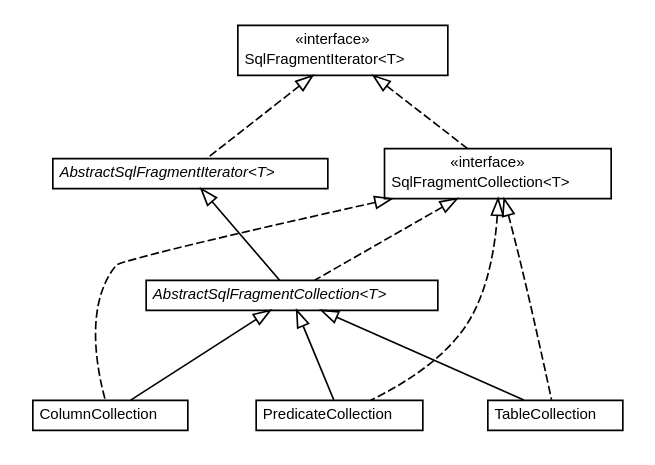
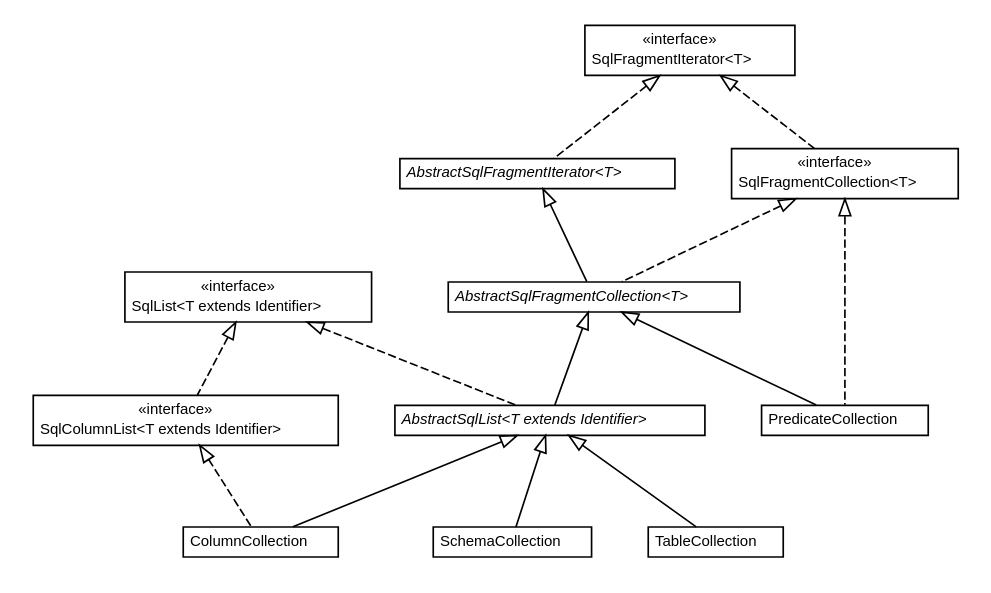
Before and after one commit to willmorejg/net.ljcomputing.sql: the diagram in docs/javadoc/apidocs/net/ljcomputing/sql/collection/net.ljcomputing.sql.collection.dot, drawn with Graphviz. The commit also changed 195 other files, not shown here.

```diff
--- a/docs/javadoc/apidocs/net/ljcomputing/sql/collection/net.ljcomputing.sql.collection.dot
+++ b/docs/javadoc/apidocs/net/ljcomputing/sql/collection/net.ljcomputing.sql.collection.dot
@@ -1,76 +1,108 @@
 #!/usr/local/bin/dot
 #
 # Class diagram 
 # Generated by UMLGraph version R5_6 (http://www.umlgraph.org/)
 #
 
 digraph G {
 	edge [fontname="Helvetica",fontsize=10,labelfontname="Helvetica",labelfontsize=10];
 	node [fontname="Helvetica",fontsize=10,shape=plaintext];
 	nodesep=0.25;
 	ranksep=0.5;
 	// net.ljcomputing.sql.collection.AbstractSqlFragmentCollection<T>
-	c61 [label=<<table title="net.ljcomputing.sql.collection.AbstractSqlFragmentCollection" border="0" cellborder="1" cellspacing="0" cellpadding="2" port="p" href="./AbstractSqlFragmentCollection.html">
+	c28 [label=<<table title="net.ljcomputing.sql.collection.AbstractSqlFragmentCollection" border="0" cellborder="1" cellspacing="0" cellpadding="2" port="p" href="./AbstractSqlFragmentCollection.html">
 		<tr><td><table border="0" cellspacing="0" cellpadding="1">
 <tr><td align="center" balign="center"><font face="Helvetica-Oblique"> AbstractSqlFragmentCollection&lt;T&gt; </font></td></tr>
 		</table></td></tr>
 		</table>>, URL="./AbstractSqlFragmentCollection.html", fontname="Helvetica", fontcolor="black", fontsize=9.0];
 	// net.ljcomputing.sql.collection.SqlFragmentIterator<T>
-	c62 [label=<<table title="net.ljcomputing.sql.collection.SqlFragmentIterator" border="0" cellborder="1" cellspacing="0" cellpadding="2" port="p" href="./SqlFragmentIterator.html">
+	c29 [label=<<table title="net.ljcomputing.sql.collection.SqlFragmentIterator" border="0" cellborder="1" cellspacing="0" cellpadding="2" port="p" href="./SqlFragmentIterator.html">
 		<tr><td><table border="0" cellspacing="0" cellpadding="1">
 <tr><td align="center" balign="center"> &#171;interface&#187; </td></tr>
 <tr><td align="center" balign="center"> SqlFragmentIterator&lt;T&gt; </td></tr>
 		</table></td></tr>
 		</table>>, URL="./SqlFragmentIterator.html", fontname="Helvetica", fontcolor="black", fontsize=9.0];
 	// net.ljcomputing.sql.collection.AbstractSqlFragmentIterator<T>
-	c63 [label=<<table title="net.ljcomputing.sql.collection.AbstractSqlFragmentIterator" border="0" cellborder="1" cellspacing="0" cellpadding="2" port="p" href="./AbstractSqlFragmentIterator.html">
+	c30 [label=<<table title="net.ljcomputing.sql.collection.AbstractSqlFragmentIterator" border="0" cellborder="1" cellspacing="0" cellpadding="2" port="p" href="./AbstractSqlFragmentIterator.html">
 		<tr><td><table border="0" cellspacing="0" cellpadding="1">
 <tr><td align="center" balign="center"><font face="Helvetica-Oblique"> AbstractSqlFragmentIterator&lt;T&gt; </font></td></tr>
 		</table></td></tr>
 		</table>>, URL="./AbstractSqlFragmentIterator.html", fontname="Helvetica", fontcolor="black", fontsize=9.0];
 	// net.ljcomputing.sql.collection.SqlFragmentCollection<T>
-	c64 [label=<<table title="net.ljcomputing.sql.collection.SqlFragmentCollection" border="0" cellborder="1" cellspacing="0" cellpadding="2" port="p" href="./SqlFragmentCollection.html">
+	c31 [label=<<table title="net.ljcomputing.sql.collection.SqlFragmentCollection" border="0" cellborder="1" cellspacing="0" cellpadding="2" port="p" href="./SqlFragmentCollection.html">
 		<tr><td><table border="0" cellspacing="0" cellpadding="1">
 <tr><td align="center" balign="center"> &#171;interface&#187; </td></tr>
 <tr><td align="center" balign="center"> SqlFragmentCollection&lt;T&gt; </td></tr>
 		</table></td></tr>
 		</table>>, URL="./SqlFragmentCollection.html", fontname="Helvetica", fontcolor="black", fontsize=9.0];
+	// net.ljcomputing.sql.collection.SqlColumnList<T extends net.ljcomputing.sql.identifier.Identifier>
+	c32 [label=<<table title="net.ljcomputing.sql.collection.SqlColumnList" border="0" cellborder="1" cellspacing="0" cellpadding="2" port="p" href="./SqlColumnList.html">
+		<tr><td><table border="0" cellspacing="0" cellpadding="1">
+<tr><td align="center" balign="center"> &#171;interface&#187; </td></tr>
+<tr><td align="center" balign="center"> SqlColumnList&lt;T extends Identifier&gt; </td></tr>
+		</table></td></tr>
+		</table>>, URL="./SqlColumnList.html", fontname="Helvetica", fontcolor="black", fontsize=9.0];
+	// net.ljcomputing.sql.collection.AbstractSqlList<T extends net.ljcomputing.sql.identifier.Identifier>
+	c33 [label=<<table title="net.ljcomputing.sql.collection.AbstractSqlList" border="0" cellborder="1" cellspacing="0" cellpadding="2" port="p" href="./AbstractSqlList.html">
+		<tr><td><table border="0" cellspacing="0" cellpadding="1">
+<tr><td align="center" balign="center"><font face="Helvetica-Oblique"> AbstractSqlList&lt;T extends Identifier&gt; </font></td></tr>
+		</table></td></tr>
+		</table>>, URL="./AbstractSqlList.html", fontname="Helvetica", fontcolor="black", fontsize=9.0];
 	// net.ljcomputing.sql.collection.ColumnCollection
-	c65 [label=<<table title="net.ljcomputing.sql.collection.ColumnCollection" border="0" cellborder="1" cellspacing="0" cellpadding="2" port="p" href="./ColumnCollection.html">
+	c34 [label=<<table title="net.ljcomputing.sql.collection.ColumnCollection" border="0" cellborder="1" cellspacing="0" cellpadding="2" port="p" href="./ColumnCollection.html">
 		<tr><td><table border="0" cellspacing="0" cellpadding="1">
 <tr><td align="center" balign="center"> ColumnCollection </td></tr>
 		</table></td></tr>
 		</table>>, URL="./ColumnCollection.html", fontname="Helvetica", fontcolor="black", fontsize=9.0];
+	// net.ljcomputing.sql.collection.SqlList<T extends net.ljcomputing.sql.identifier.Identifier>
+	c35 [label=<<table title="net.ljcomputing.sql.collection.SqlList" border="0" cellborder="1" cellspacing="0" cellpadding="2" port="p" href="./SqlList.html">
+		<tr><td><table border="0" cellspacing="0" cellpadding="1">
+<tr><td align="center" balign="center"> &#171;interface&#187; </td></tr>
+<tr><td align="center" balign="center"> SqlList&lt;T extends Identifier&gt; </td></tr>
+		</table></td></tr>
+		</table>>, URL="./SqlList.html", fontname="Helvetica", fontcolor="black", fontsize=9.0];
 	// net.ljcomputing.sql.collection.PredicateCollection
-	c66 [label=<<table title="net.ljcomputing.sql.collection.PredicateCollection" border="0" cellborder="1" cellspacing="0" cellpadding="2" port="p" href="./PredicateCollection.html">
+	c36 [label=<<table title="net.ljcomputing.sql.collection.PredicateCollection" border="0" cellborder="1" cellspacing="0" cellpadding="2" port="p" href="./PredicateCollection.html">
 		<tr><td><table border="0" cellspacing="0" cellpadding="1">
 <tr><td align="center" balign="center"> PredicateCollection </td></tr>
 		</table></td></tr>
 		</table>>, URL="./PredicateCollection.html", fontname="Helvetica", fontcolor="black", fontsize=9.0];
+	// net.ljcomputing.sql.collection.SchemaCollection
+	c37 [label=<<table title="net.ljcomputing.sql.collection.SchemaCollection" border="0" cellborder="1" cellspacing="0" cellpadding="2" port="p" href="./SchemaCollection.html">
+		<tr><td><table border="0" cellspacing="0" cellpadding="1">
+<tr><td align="center" balign="center"> SchemaCollection </td></tr>
+		</table></td></tr>
+		</table>>, URL="./SchemaCollection.html", fontname="Helvetica", fontcolor="black", fontsize=9.0];
 	// net.ljcomputing.sql.collection.TableCollection
-	c67 [label=<<table title="net.ljcomputing.sql.collection.TableCollection" border="0" cellborder="1" cellspacing="0" cellpadding="2" port="p" href="./TableCollection.html">
+	c38 [label=<<table title="net.ljcomputing.sql.collection.TableCollection" border="0" cellborder="1" cellspacing="0" cellpadding="2" port="p" href="./TableCollection.html">
 		<tr><td><table border="0" cellspacing="0" cellpadding="1">
 <tr><td align="center" balign="center"> TableCollection </td></tr>
 		</table></td></tr>
 		</table>>, URL="./TableCollection.html", fontname="Helvetica", fontcolor="black", fontsize=9.0];
 	//net.ljcomputing.sql.collection.AbstractSqlFragmentCollection<T> extends net.ljcomputing.sql.collection.AbstractSqlFragmentIterator<T>
-	c63:p -> c61:p [dir=back,arrowtail=empty];
+	c30:p -> c28:p [dir=back,arrowtail=empty];
 	//net.ljcomputing.sql.collection.AbstractSqlFragmentCollection<T> implements net.ljcomputing.sql.collection.SqlFragmentCollection<T>
-	c64:p -> c61:p [dir=back,arrowtail=empty,style=dashed];
+	c31:p -> c28:p [dir=back,arrowtail=empty,style=dashed];
 	//net.ljcomputing.sql.collection.AbstractSqlFragmentIterator<T> implements net.ljcomputing.sql.collection.SqlFragmentIterator<T>
-	c62:p -> c63:p [dir=back,arrowtail=empty,style=dashed];
+	c29:p -> c30:p [dir=back,arrowtail=empty,style=dashed];
 	//net.ljcomputing.sql.collection.SqlFragmentCollection<T> implements net.ljcomputing.sql.collection.SqlFragmentIterator<T>
-	c62:p -> c64:p [dir=back,arrowtail=empty,style=dashed];
-	//net.ljcomputing.sql.collection.ColumnCollection extends net.ljcomputing.sql.collection.AbstractSqlFragmentCollection<net.ljcomputing.sql.identifier.column.ColumnIdentifier>
-	c61:p -> c65:p [dir=back,arrowtail=empty];
-	//net.ljcomputing.sql.collection.ColumnCollection implements net.ljcomputing.sql.collection.SqlFragmentCollection<T>
-	c64:p -> c65:p [dir=back,arrowtail=empty,style=dashed];
+	c29:p -> c31:p [dir=back,arrowtail=empty,style=dashed];
+	//net.ljcomputing.sql.collection.SqlColumnList<T extends net.ljcomputing.sql.identifier.Identifier> implements net.ljcomputing.sql.collection.SqlList<T extends net.ljcomputing.sql.identifier.Identifier>
+	c35:p -> c32:p [dir=back,arrowtail=empty,style=dashed];
+	//net.ljcomputing.sql.collection.AbstractSqlList<T extends net.ljcomputing.sql.identifier.Identifier> extends net.ljcomputing.sql.collection.AbstractSqlFragmentCollection<T>
+	c28:p -> c33:p [dir=back,arrowtail=empty];
+	//net.ljcomputing.sql.collection.AbstractSqlList<T extends net.ljcomputing.sql.identifier.Identifier> implements net.ljcomputing.sql.collection.SqlList<T extends net.ljcomputing.sql.identifier.Identifier>
+	c35:p -> c33:p [dir=back,arrowtail=empty,style=dashed];
+	//net.ljcomputing.sql.collection.ColumnCollection extends net.ljcomputing.sql.collection.AbstractSqlList<net.ljcomputing.sql.identifier.column.ColumnIdentifier>
+	c33:p -> c34:p [dir=back,arrowtail=empty];
+	//net.ljcomputing.sql.collection.ColumnCollection implements net.ljcomputing.sql.collection.SqlColumnList<T extends net.ljcomputing.sql.identifier.Identifier>
+	c32:p -> c34:p [dir=back,arrowtail=empty,style=dashed];
 	//net.ljcomputing.sql.collection.PredicateCollection extends net.ljcomputing.sql.collection.AbstractSqlFragmentCollection<net.ljcomputing.sql.clause.Predicate>
-	c61:p -> c66:p [dir=back,arrowtail=empty];
+	c28:p -> c36:p [dir=back,arrowtail=empty];
 	//net.ljcomputing.sql.collection.PredicateCollection implements net.ljcomputing.sql.collection.SqlFragmentCollection<T>
-	c64:p -> c66:p [dir=back,arrowtail=empty,style=dashed];
-	//net.ljcomputing.sql.collection.TableCollection extends net.ljcomputing.sql.collection.AbstractSqlFragmentCollection<net.ljcomputing.sql.identifier.table.TableIdentifier>
-	c61:p -> c67:p [dir=back,arrowtail=empty];
-	//net.ljcomputing.sql.collection.TableCollection implements net.ljcomputing.sql.collection.SqlFragmentCollection<T>
-	c64:p -> c67:p [dir=back,arrowtail=empty,style=dashed];
+	c31:p -> c36:p [dir=back,arrowtail=empty,style=dashed];
+	//net.ljcomputing.sql.collection.SchemaCollection extends net.ljcomputing.sql.collection.AbstractSqlList<net.ljcomputing.sql.identifier.schema.SchemaIdentifier>
+	c33:p -> c37:p [dir=back,arrowtail=empty];
+	//net.ljcomputing.sql.collection.TableCollection extends net.ljcomputing.sql.collection.AbstractSqlList<net.ljcomputing.sql.identifier.table.TableIdentifier>
+	c33:p -> c38:p [dir=back,arrowtail=empty];
 }
```
